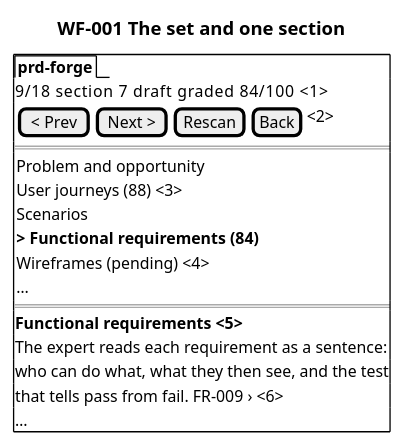
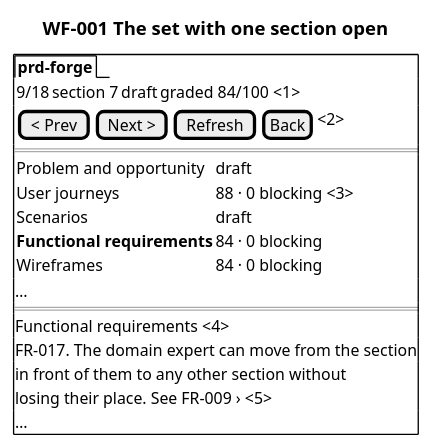
The diagram in docs/prd/prd-forge/diagrams/WF-001.puml (SpillwaveSolutions/prd-forge), drawn with PlantUML before and after one commit. The commit also changed 44 other files, not shown here.

First line of the commit message:
Add navigation and refresh requirements, and fix the wireframes to 91

```diff
--- a/docs/prd/prd-forge/diagrams/WF-001.puml
+++ b/docs/prd/prd-forge/diagrams/WF-001.puml
@@ -1,23 +1,25 @@
 @startsalt
-title WF-001 The set and one section
+title WF-001 The set with one section open
 {+
   {/ <b>prd-forge</b> }
-  9/18   section 7   draft   graded 84/100 <1>
-  { [< Prev] | [Next >] | [Rescan] | [Back] | <2> }
+  {
+    9/18 | section 7 | draft | graded 84/100 <1>
+  }
+  { [< Prev] | [Next >] | [Refresh] | [Back] | <2> }
   ==
   {
-    Problem and opportunity
-    User journeys (88) <3>
-    Scenarios
-    <b>> Functional requirements (84)
-    Wireframes (pending) <4>
-    …
+    Problem and opportunity | draft
+    User journeys | 88 · 0 blocking <3>
+    Scenarios | draft
+    <b>Functional requirements | 84 · 0 blocking
+    Wireframes | 84 · 0 blocking
   }
+  …
   ==
-  <b>Functional requirements <5>
-  The expert reads each requirement as a sentence:
-  who can do what, what they then see, and the test
-  that tells pass from fail. FR-009 › <6>
+  Functional requirements <4>
+  FR-017. The domain expert can move from the section
+  in front of them to any other section without
+  losing their place. See FR-009 › <5>
   …
 }
 @endsalt
```
